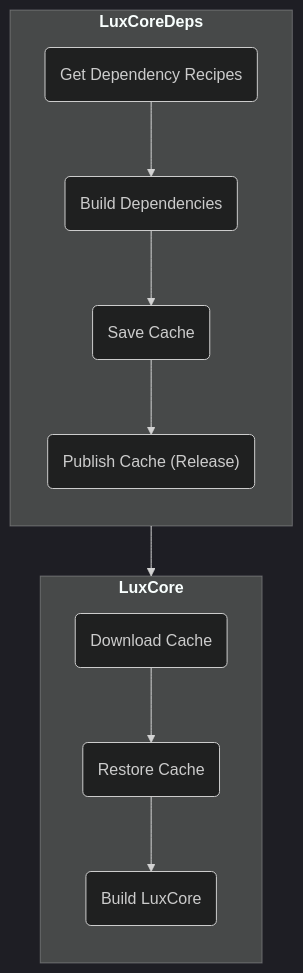
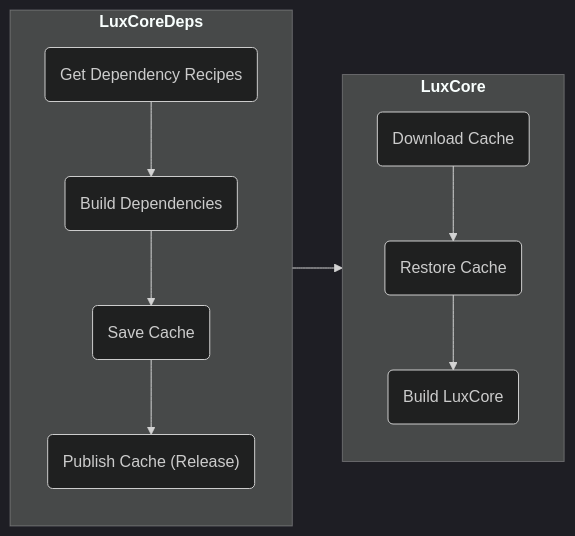
Before and after one commit to LuxCoreRender/LuxCoreDeps: the diagram in README.md, drawn with Mermaid (dark theme).

````diff
--- a/README.md
+++ b/README.md
@@ -24,17 +24,17 @@
 ```mermaid
-flowchart TB
+flowchart LR
 
   subgraph Deps ["`**LuxCoreDeps**`"]
   direction TB
   GetDeps(Get Dependency Recipes) --> BuildDeps(Build Dependencies)
   --> Save(Save Cache) --> Publish("Publish Cache (Release)");
   end
 
   subgraph Core ["`**LuxCore**`"]
   direction TB
   Download(Download Cache) --> Restore(Restore Cache)
   --> BuildLux(Build LuxCore);
   end
 
   Deps --> Core
 ```
````
